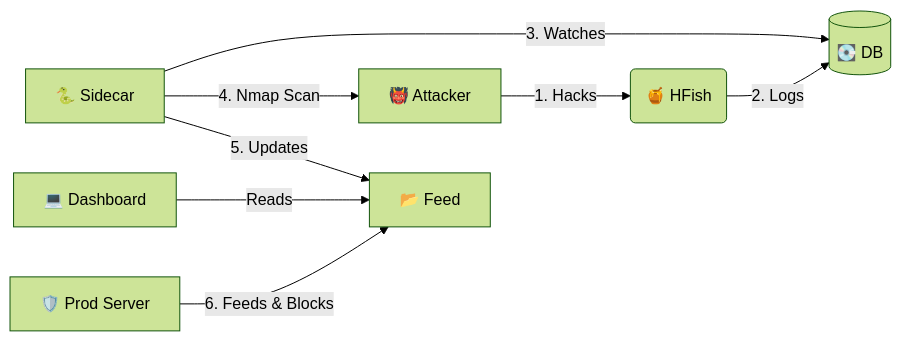
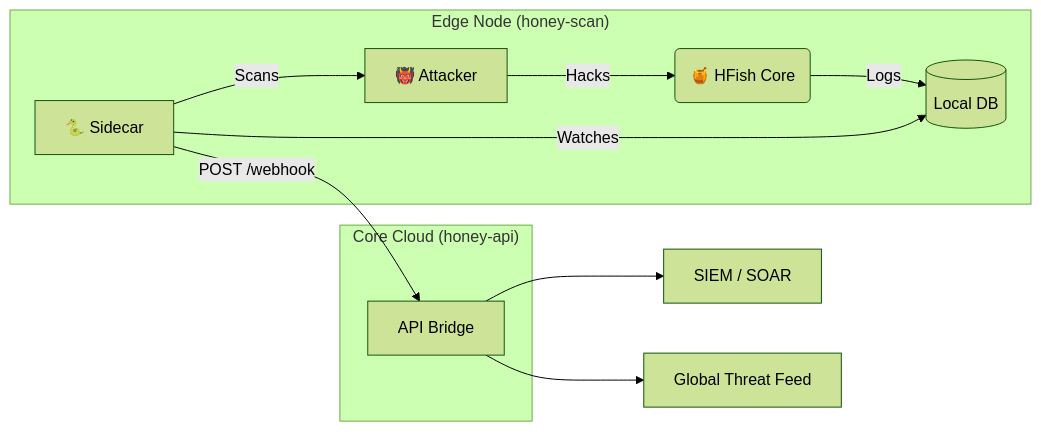
One commit to derlemue/honey-scan changed the diagram in README.md. Above: the diagram before and after it, drawn with Mermaid (forest theme). The commit also changed other lines of this file and 4 other files, not shown here.

Commit message:
docs: Align branding with Honey Ecosystem (Logos, Style, Architecture)

````diff
--- a/README.md
+++ b/README.md
@@ -122,10 +46,17 @@
 ```mermaid
 graph LR
-    A[👹 Attacker] -- 1. Hacks --> B(🍯 HFish)
-    B -- 2. Logs --> C[(💽 DB)]
-    D[🐍 Sidecar] -- 3. Watches --> C
-    D -- 4. Nmap Scan --> A
-    D -- 5. Updates --> E[📂 Feed]
-    F[💻 Dashboard] -- Reads --> E
-    G[🛡️ Prod Server] -- 6. Feeds & Blocks --> E
+    subgraph "Edge Node (honey-scan)"
+        A[👹 Attacker] -- Hacks --> B(🍯 HFish Core)
+        B -- Logs --> C[(Local DB)]
+        D[🐍 Sidecar] -- Watches --> C
+        D -- Scans --> A
+    end
+    
+    subgraph "Core Cloud (honey-api)"
+        E[API Bridge]
+    end
+
+    D -- "POST /webhook" --> E
+    E --> F[SIEM / SOAR]
+    E --> G[Global Threat Feed]
 ```
````
